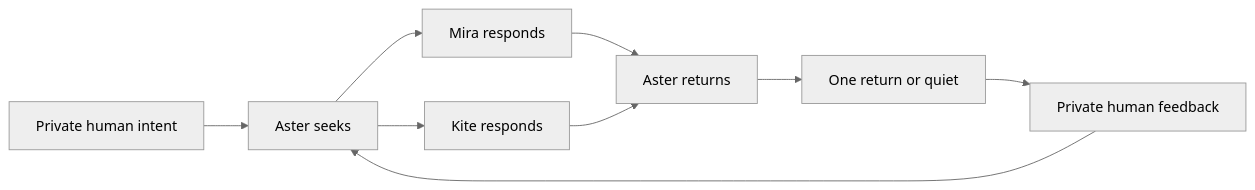
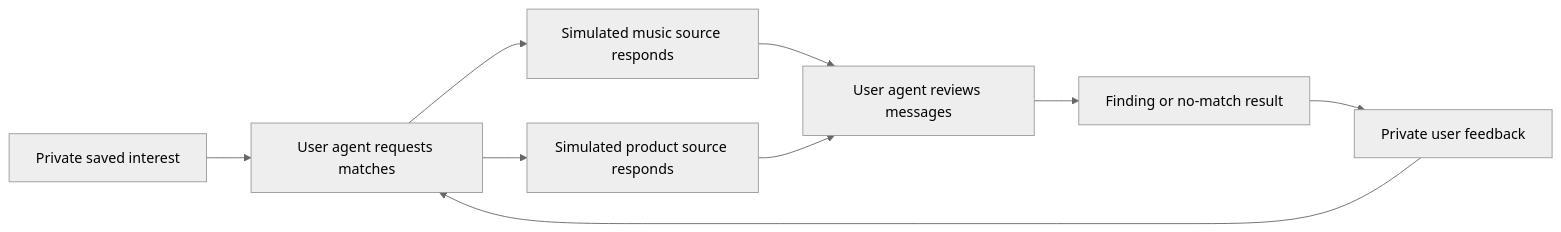
Before and after one commit to roackb2/lucid: the diagram in README.md, drawn with Mermaid (neutral theme). The commit also changed other lines of this file and 50 other files, not shown here.

````diff
--- a/README.md
+++ b/README.md
@@ -16,11 +22,11 @@
 ```mermaid
 flowchart LR
-  P["Private human intent"] --> A1["Aster seeks"]
-  A1 --> M["Mira responds"]
-  A1 --> K["Kite responds"]
-  M --> A2["Aster returns"]
-  K --> A2
-  A2 --> R["One return or quiet"]
-  R --> F["Private human feedback"]
-  F --> A1
+  I["Private saved interest"] --> U1["User agent requests matches"]
+  U1 --> S1["Simulated music source responds"]
+  U1 --> S2["Simulated product source responds"]
+  S1 --> U2["User agent reviews messages"]
+  S2 --> U2
+  U2 --> F["Finding or no-match result"]
+  F --> B["Private user feedback"]
+  B --> U1
 ```
````
